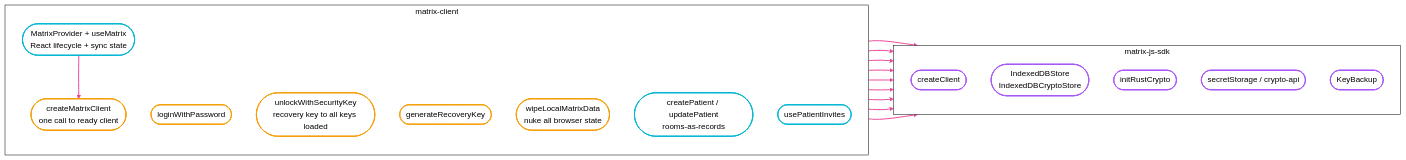
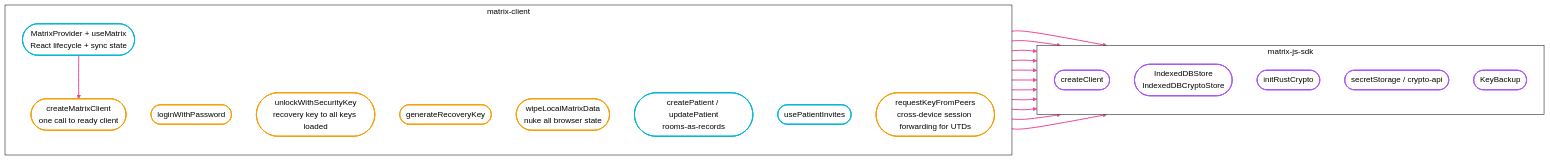
The first of 5 diagrams in packages/matrix-client/README.md (quochuydev/matrix-e2e-emr), drawn with Mermaid before and after one commit. The commit also changed other lines of this file and 3 other files, not shown here.

First line of the commit message:
docs(diagrams): sync READMEs with peer-key-share + crossSignDevice

````diff
--- a/packages/matrix-client/README.md
+++ b/packages/matrix-client/README.md
@@ -27,40 +27,43 @@
 ```mermaid
 %%{init: {'theme':'base','themeVariables':{'background':'#ffffff','primaryColor':'#ffffff','primaryTextColor':'#000000','primaryBorderColor':'#000000','lineColor':'#ec4899','clusterBkg':'#ffffff','clusterBorder':'#000000','fontFamily':'system-ui'}}}%%
 flowchart LR
   subgraph PKG["matrix-client"]
     direction TB
     B1(["createMatrixClient<br/>one call to ready client"]):::orange
     B2(["loginWithPassword"]):::orange
     B3(["unlockWithSecurityKey<br/>recovery key to all keys loaded"]):::orange
     B4(["generateRecoveryKey"]):::orange
     B5(["wipeLocalMatrixData<br/>nuke all browser state"]):::orange
     B6(["MatrixProvider + useMatrix<br/>React lifecycle + sync state"]):::cyan
     B7(["createPatient / updatePatient<br/>rooms-as-records"]):::cyan
     B8(["usePatientInvites"]):::cyan
+    B9(["requestKeyFromPeers<br/>cross-device session forwarding for UTDs"]):::orange
   end
 
   subgraph SDK["matrix-js-sdk"]
     direction TB
     A1(["createClient"]):::purple
     A2(["IndexedDBStore<br/>IndexedDBCryptoStore"]):::purple
     A3(["initRustCrypto"]):::purple
     A4(["secretStorage / crypto-api"]):::purple
     A5(["KeyBackup"]):::purple
   end
 
   B1 --> A1
   B1 --> A2
   B1 --> A3
   B1 --> A5
   B2 --> A1
   B3 --> A4
   B3 --> A5
   B4 --> A4
   B7 --> A1
   B6 --> B1
+  B9 --> A4
+  B9 --> A1
 
   classDef orange fill:#ffffff,stroke:#f59e0b,stroke-width:2px,color:#000000
   classDef cyan fill:#ffffff,stroke:#06b6d4,stroke-width:2px,color:#000000
   classDef purple fill:#ffffff,stroke:#a855f7,stroke-width:2px,color:#000000
   linkStyle default stroke:#ec4899,stroke-width:2px
 ```
````
